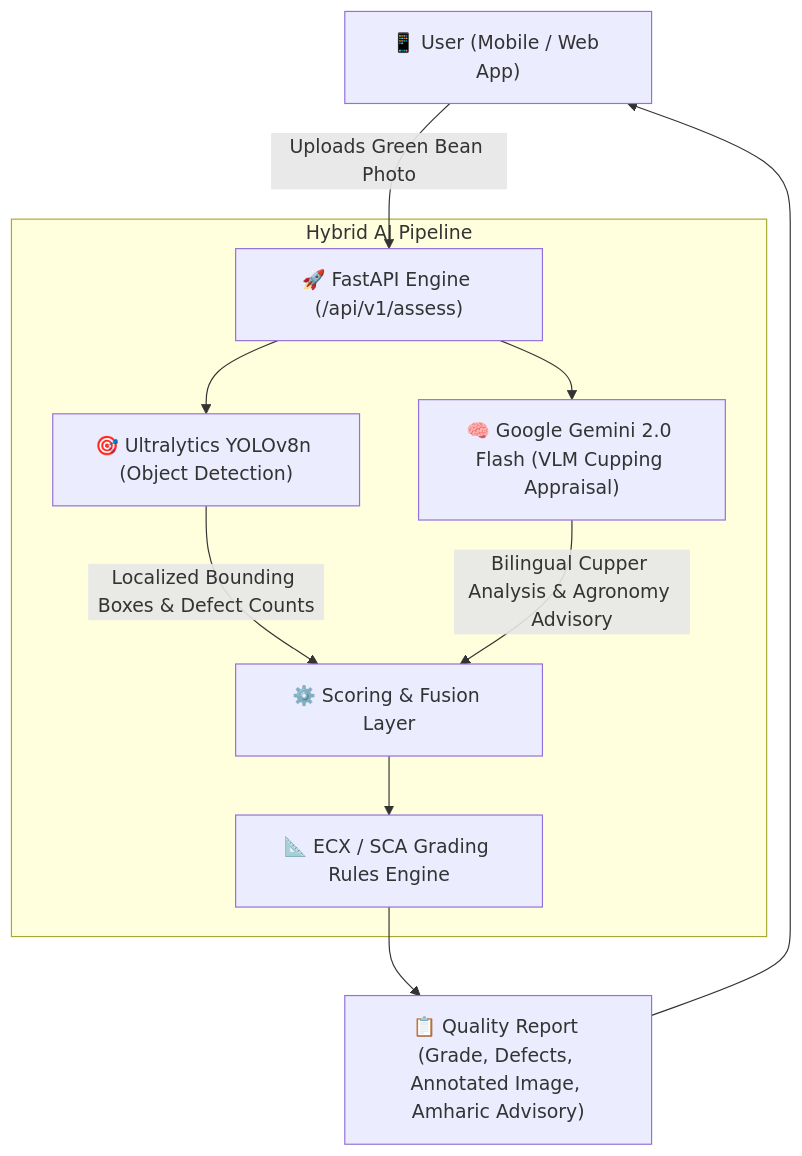
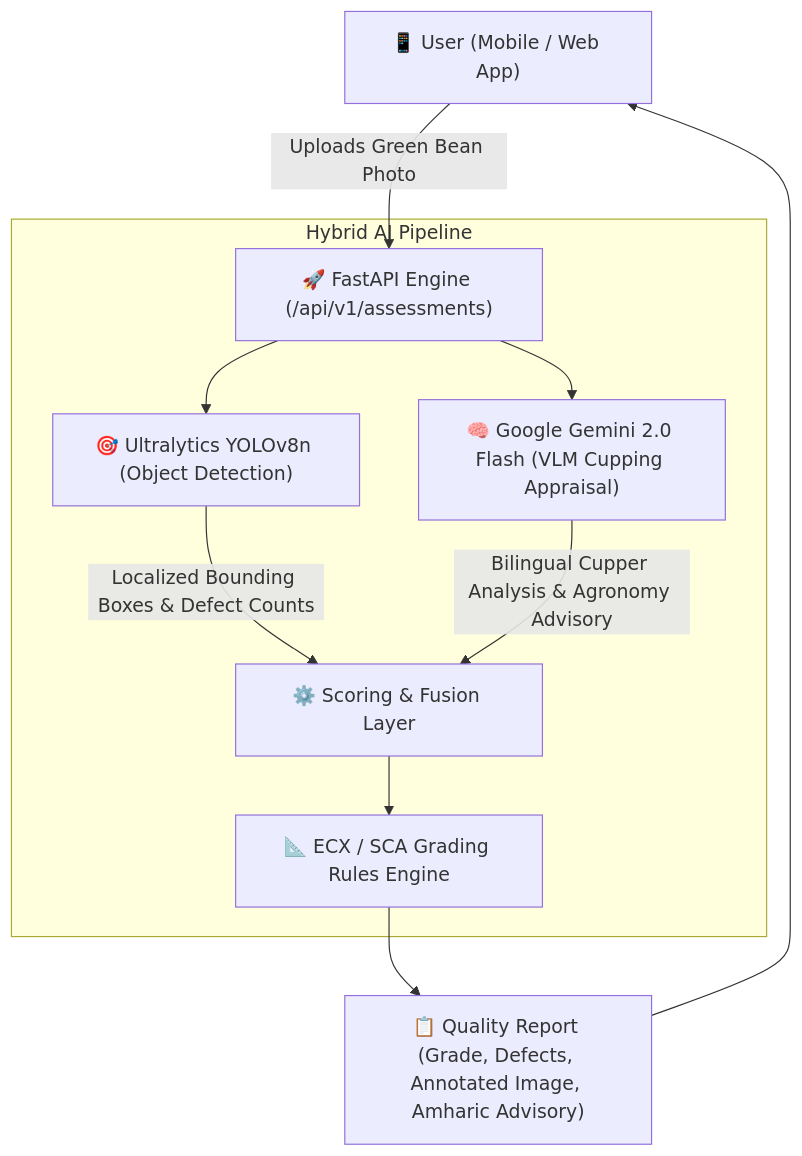
Before and after one commit to josi1219/BunaVision: the diagram in README.md, drawn with Mermaid. The commit also changed other lines of this file and 23 other files, not shown here.

````diff
--- a/README.md
+++ b/README.md
@@ -31,17 +31,17 @@
 ```mermaid
 flowchart TD
-    User["📱 User (Mobile / Web App)"] -->|Uploads Green Bean Photo| API["🚀 FastAPI Engine (/api/v1/assess)"]
+    User["📱 User (Mobile / Web App)"] -->|Uploads Green Bean Photo| API["🚀 FastAPI Engine (/api/v1/assessments)"]
 
     subgraph Hybrid AI Pipeline
         API --> YOLO["🎯 Ultralytics YOLOv8n (Object Detection)"]
         YOLO -->|Localized Bounding Boxes & Defect Counts| Fusion["⚙️ Scoring & Fusion Layer"]
         
         API --> VLM["🧠 Google Gemini 2.0 Flash (VLM Cupping Appraisal)"]
         VLM -->|Bilingual Cupper Analysis & Agronomy Advisory| Fusion
         
         Fusion --> Rules["📐 ECX / SCA Grading Rules Engine"]
     end
 
     Rules --> Response["📋 Quality Report (Grade, Defects, Annotated Image, Amharic Advisory)"]
     Response --> User
 ```
````
